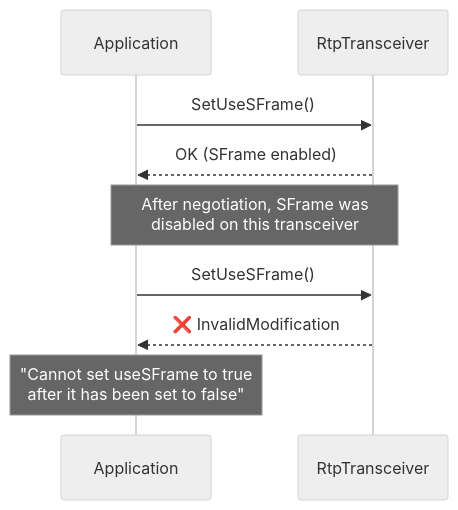
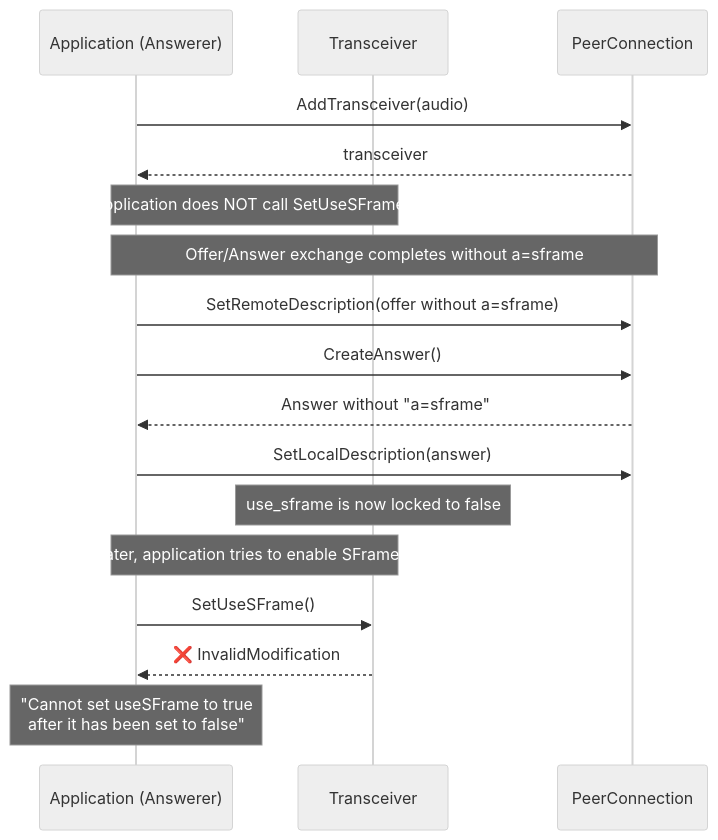
One commit to webex/webrtc-sframe changed the sixth of 6 diagrams in negotiation.md. Above: the diagram before and after it, drawn with Mermaid (neutral theme). The commit also changed other lines of this file, not shown here.

````diff
--- a/negotiation.md
+++ b/negotiation.md
@@ -270,14 +334,24 @@
 ```mermaid
 sequenceDiagram
-    participant App as Application
-    participant T as RtpTransceiver
+    participant App as Application (Answerer)
+    participant T as Transceiver
+    participant PC as PeerConnection
 
-    App->>T: SetUseSFrame()
-    T-->>App: OK (SFrame enabled)
+    App->>PC: AddTransceiver(audio)
+    PC-->>App: transceiver
+    Note over App,T: Application does NOT call SetUseSFrame()
 
-    Note over App,T: After negotiation, SFrame was<br/>disabled on this transceiver
+    Note over App,PC: Offer/Answer exchange completes without a=sframe
+
+    App->>PC: SetRemoteDescription(offer without a=sframe)
+    App->>PC: CreateAnswer()
+    PC-->>App: Answer without "a=sframe"
+    App->>PC: SetLocalDescription(answer)
+    Note over T: use_sframe is now locked to false
+
+    Note over App,T: Later, application tries to enable SFrame...
 
     App->>T: SetUseSFrame()
     T-->>App: ❌ InvalidModification
     Note over App: "Cannot set useSFrame to true<br/>after it has been set to false"
 ```
````
